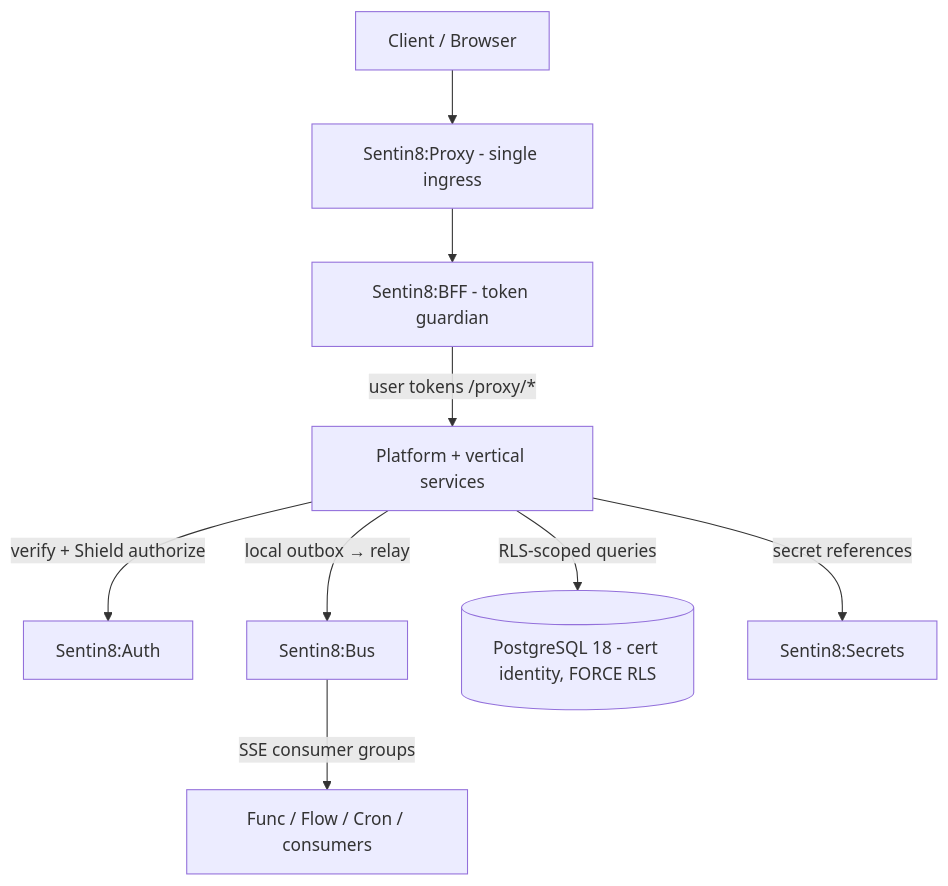
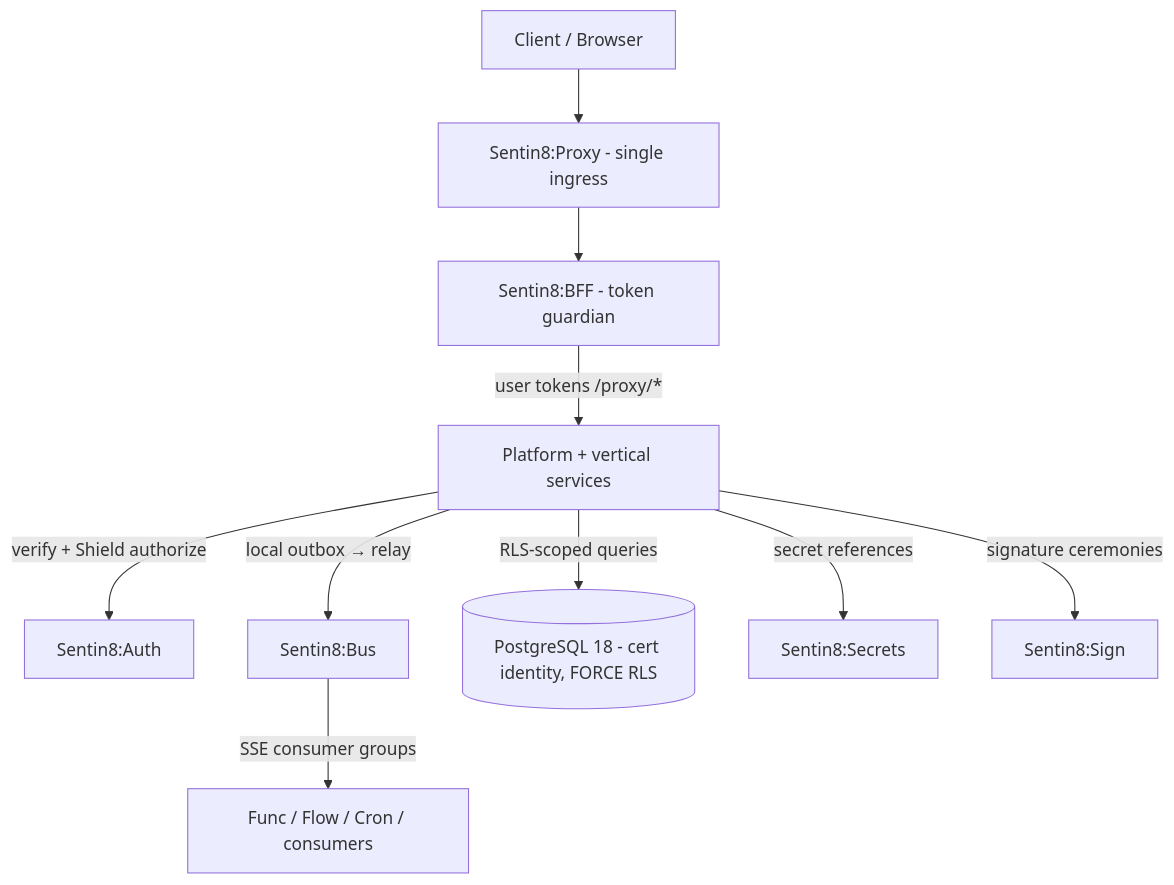
Before and after one commit to Sentin8/sentin8-site: the diagram in docs/index.md, drawn with Mermaid. The commit also changed other lines of this file and 107 other files, not shown here.

First line of the commit message:
Site: Sentin8:Sign service dossier (services/sign + api/sign + reference/sign)

````diff
--- a/docs/index.md
+++ b/docs/index.md
@@ -30,11 +30,12 @@
 ```mermaid
 graph TD
     CLIENT[Client / Browser] --> PROXY[Sentin8:Proxy - single ingress]
     PROXY --> BFF[Sentin8:BFF - token guardian]
     BFF -->|user tokens /proxy/*| SVC[Platform + vertical services]
     SVC -->|verify + Shield authorize| AUTH[Sentin8:Auth]
     SVC -->|local outbox → relay| BUS[Sentin8:Bus]
     BUS -->|SSE consumer groups| TRIGGERS[Func / Flow / Cron / consumers]
     SVC -->|RLS-scoped queries| PG[(PostgreSQL 18 - cert identity, FORCE RLS)]
     SVC -->|secret references| SECRETS[Sentin8:Secrets]
+    SVC -->|signature ceremonies| SIGN[Sentin8:Sign]
 ```
````
